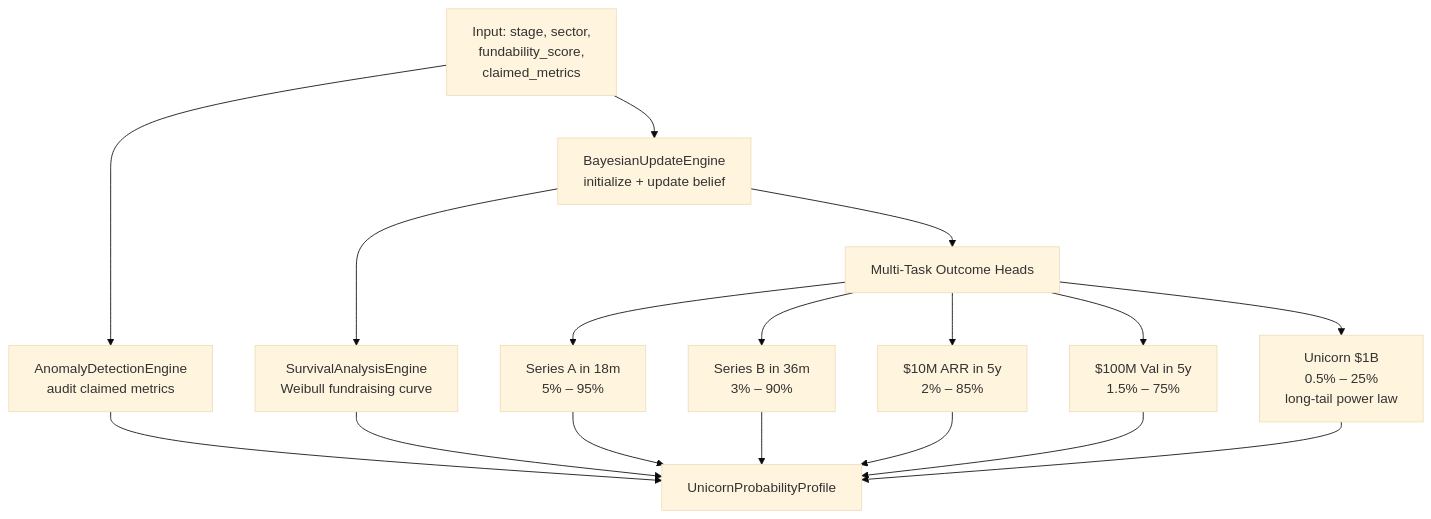
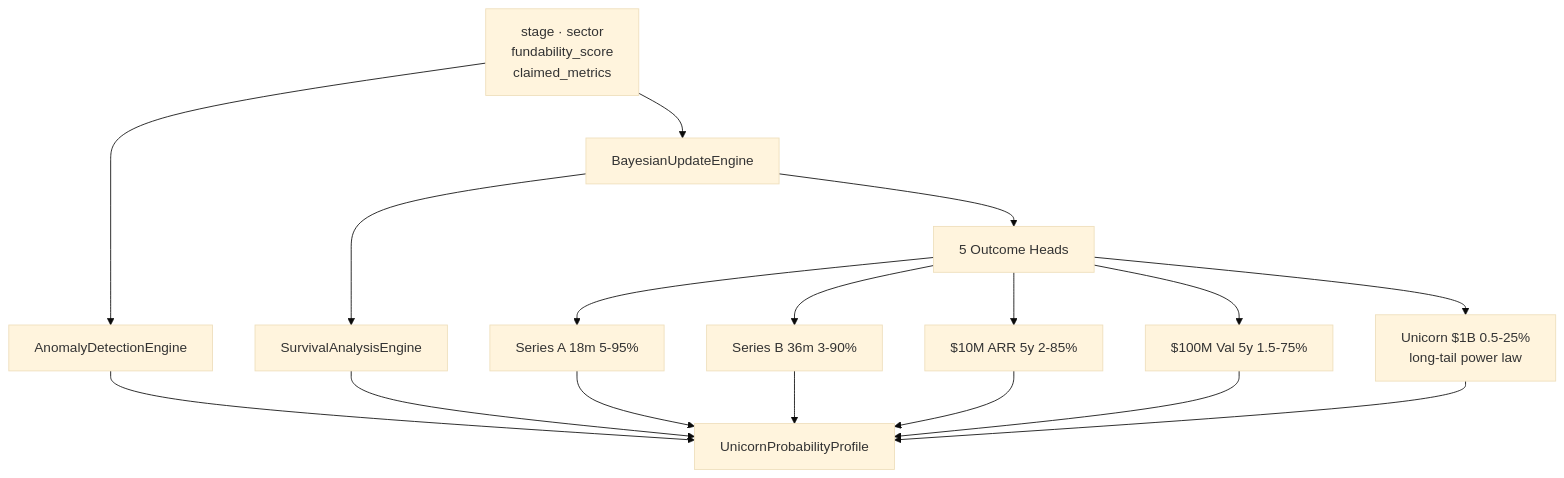
One commit to dozimikes/pitchmic changed the eighth of 26 diagrams in README.md. Above: the diagram before and after it, drawn with Mermaid (base theme). The commit also changed other lines of this file, not shown here.

````diff
--- a/README.md
+++ b/README.md
@@ -437,19 +457,13 @@
 ```mermaid
 flowchart TD
-    A["Input: stage, sector,\nfundability_score,\nclaimed_metrics"] --> B["BayesianUpdateEngine\ninitialize + update belief"]
-    A --> C["AnomalyDetectionEngine\naudit claimed metrics"]
-    B --> D["SurvivalAnalysisEngine\nWeibull fundraising curve"]
-    B --> E["Multi-Task Outcome Heads"]
-    E --> F["Series A in 18m\n5% – 95%"]
-    E --> G["Series B in 36m\n3% – 90%"]
-    E --> H["$10M ARR in 5y\n2% – 85%"]
-    E --> I["$100M Val in 5y\n1.5% – 75%"]
-    E --> J["Unicorn $1B\n0.5% – 25%\nlong-tail power law"]
-    C --> K["UnicornProbabilityProfile"]
-    D --> K
-    F --> K
-    G --> K
-    H --> K
-    I --> K
-    J --> K
+    A["stage · sector\nfundability_score\nclaimed_metrics"] --> B["BayesianUpdateEngine"]
+    A --> C["AnomalyDetectionEngine"]
+    B --> D["SurvivalAnalysisEngine"]
+    B --> E["5 Outcome Heads"]
+    E --> F["Series A 18m 5-95%"]
+    E --> G["Series B 36m 3-90%"]
+    E --> H["$10M ARR 5y 2-85%"]
+    E --> I["$100M Val 5y 1.5-75%"]
+    E --> J["Unicorn $1B 0.5-25%\nlong-tail power law"]
+    C & D & F & G & H & I & J --> K["UnicornProbabilityProfile"]
 ```
````
